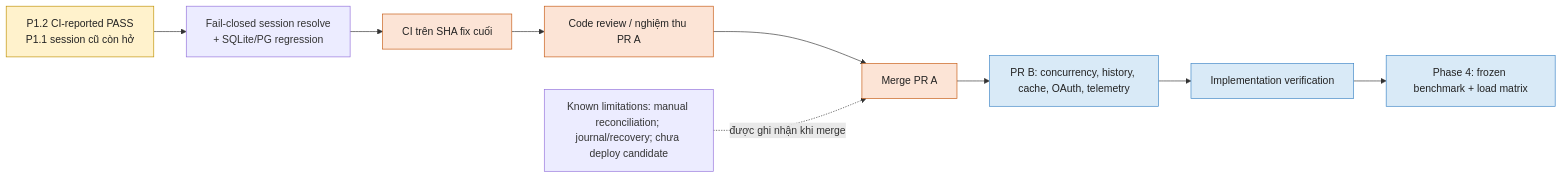
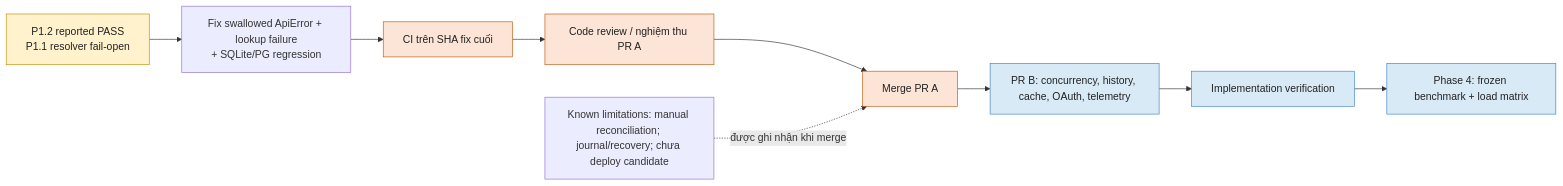
Before and after one commit to tuteemovaixlong/CSKH_ban_le: the first of 2 diagrams in docs/PLAN_EXECUTION_HANDOFF_GPT6_ASTRA.md, drawn with Mermaid. The commit also changed other lines of this file and 9 other files, not shown here.

Commit message:
fix(identity): re-raise ApiError and fail-closed 503 on lookup errors in resolve (N08-P11)

````diff
--- a/docs/PLAN_EXECUTION_HANDOFF_GPT6_ASTRA.md
+++ b/docs/PLAN_EXECUTION_HANDOFF_GPT6_ASTRA.md
@@ -230,17 +228,17 @@
 ```mermaid
 flowchart LR
-    N08["P1.2 CI-reported PASS<br/>P1.1 session cũ còn hở"] --> Fix["Fail-closed session resolve<br/>+ SQLite/PG regression"]
+    N08["P1.2 reported PASS<br/>P1.1 resolver fail-open"] --> Fix["Fix swallowed ApiError + lookup failure<br/>+ SQLite/PG regression"]
     Fix --> SHA["CI trên SHA fix cuối"]
     SHA --> Review["Code review / nghiệm thu PR A"]
     Review --> Merge["Merge PR A"]
     Merge --> PRB["PR B: concurrency, history, cache, OAuth, telemetry"]
     PRB --> Verify["Implementation verification"]
     Verify --> Phase4["Phase 4: frozen benchmark + load matrix"]
     Limit["Known limitations: manual reconciliation; journal/recovery; chưa deploy candidate"] -. "được ghi nhận khi merge" .-> Merge
     classDef reported fill:#fff2cc,stroke:#bf9000,color:#222
     classDef pending fill:#fce4d6,stroke:#c65911,color:#222
     classDef next fill:#d9eaf7,stroke:#3d85c6,color:#222
     class N08 reported
     class SHA,Review,Merge pending
     class PRB,Verify,Phase4 next
 ```
````
